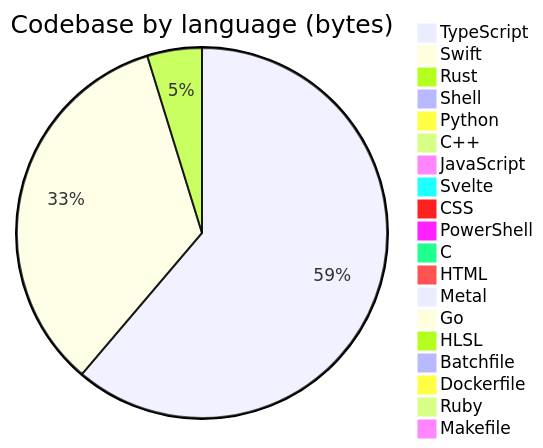
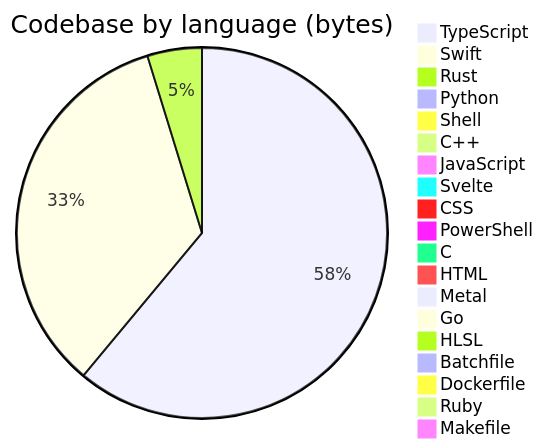
One commit to Open330/.github changed the diagram in profile/README.md. Above: the diagram before and after it, drawn with Mermaid. The commit also changed other lines of this file, not shown here.

````diff
--- a/profile/README.md
+++ b/profile/README.md
@@ -130,22 +130,22 @@
 ```mermaid
 pie title Codebase by language (bytes)
     "TypeScript" : 34493965
-    "Swift" : 19164868
+    "Swift" : 19323441
     "Rust" : 2688000
-    "Shell" : 519312
-    "Python" : 502476
+    "Python" : 544258
+    "Shell" : 534169
     "C++" : 388775
-    "JavaScript" : 368493
+    "JavaScript" : 369505
     "Svelte" : 143451
     "CSS" : 143226
     "PowerShell" : 128198
     "C" : 114143
     "HTML" : 55101
     "Metal" : 33033
     "Go" : 22811
     "HLSL" : 7527
     "Batchfile" : 5870
     "Dockerfile" : 4893
     "Ruby" : 1554
     "Makefile" : 1150
 ```
````
